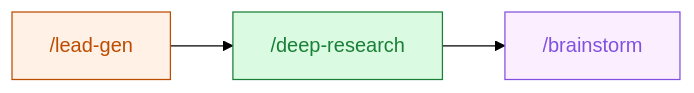
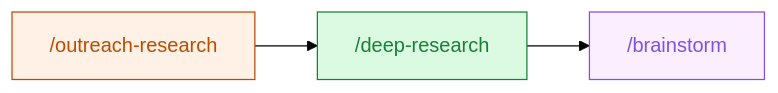
One commit to DoctorMozg/claude-pipelines changed the sixth of 9 diagrams in README.md. Above: the diagram before and after it, drawn with Mermaid (forest theme). The commit also changed other lines of this file and 56 other files, not shown here.

````diff
--- a/README.md
+++ b/README.md
@@ -108,8 +108,8 @@
 ```mermaid
 flowchart LR
-    A["/lead-gen"]:::outreach --> B["/deep-research"]:::pipe
+    A["/outreach-research"]:::outreach --> B["/deep-research"]:::pipe
     B --> C["/brainstorm"]:::creative
     classDef outreach fill:#fff1e5,stroke:#bc4c00,color:#bc4c00
     classDef pipe fill:#dafbe1,stroke:#1a7f37,color:#1a7f37
     classDef creative fill:#fbefff,stroke:#8250df,color:#8250df
 ```
````
